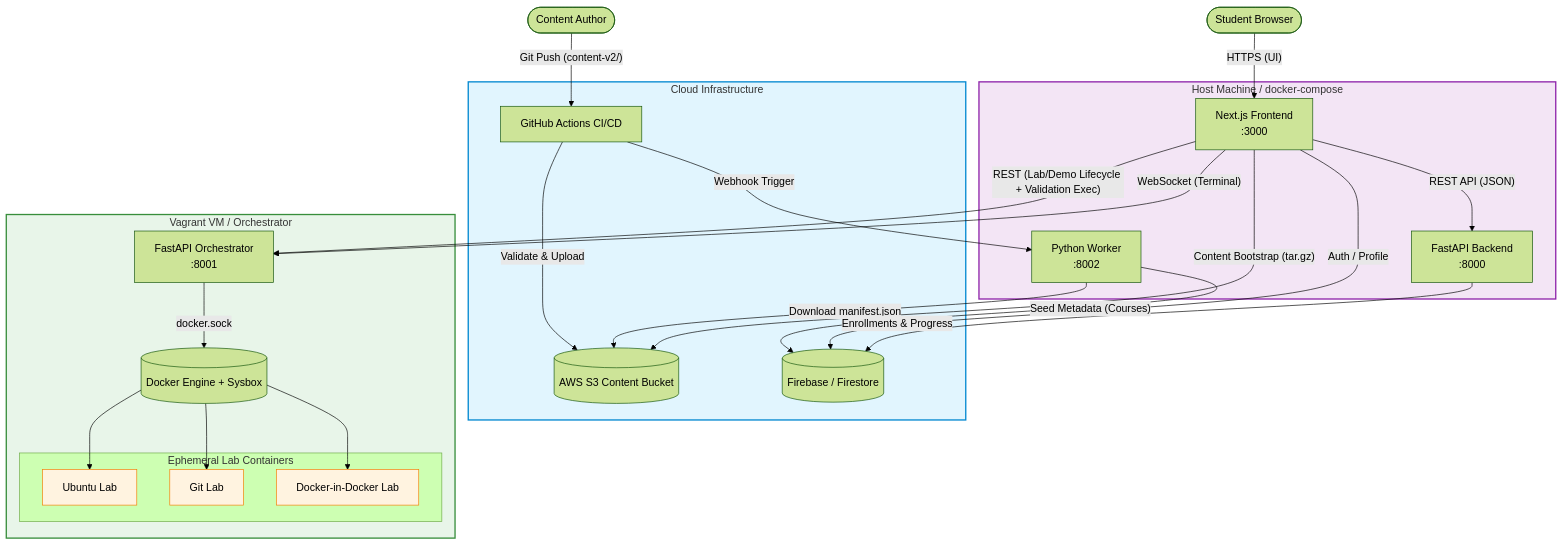
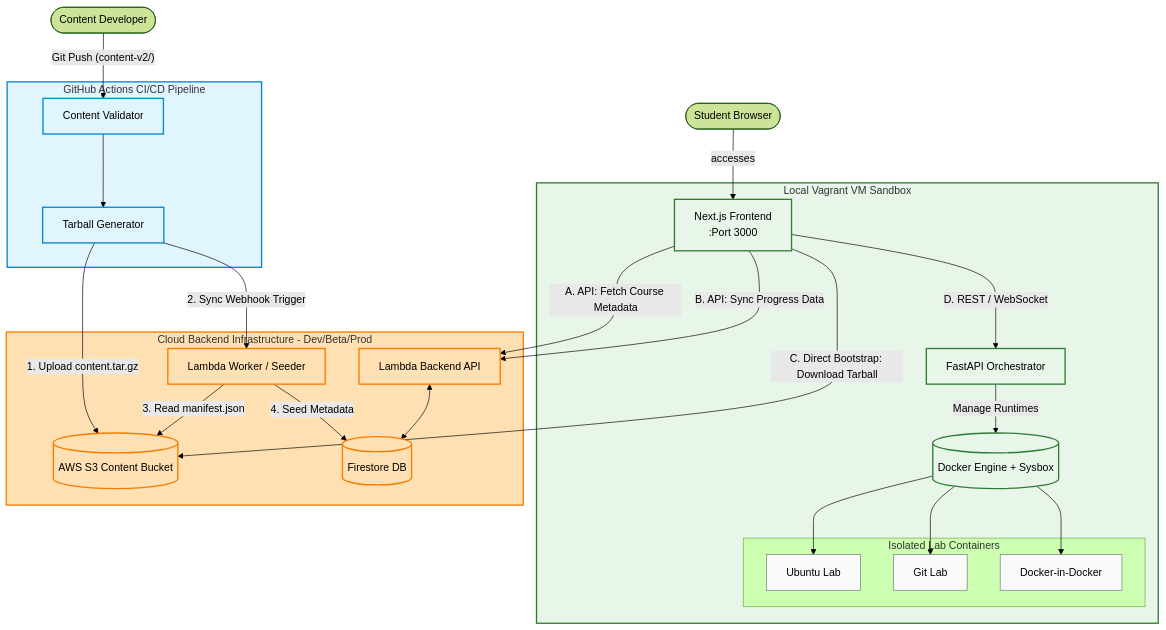
The diagram in docs/architecture.md (vmalani27/SGP-V), drawn with Mermaid (forest theme) before and after one commit. The commit also changed other lines of this file and 98 other files, not shown here.

Commit message:
feat: add CI image publishing workflow, container runtime flag, and LabOps CLI distribution

````diff
--- a/docs/architecture.md
+++ b/docs/architecture.md
@@ -5,62 +5,64 @@
 ```mermaid
 flowchart TB
     %% Definitions
     Student([Student Browser])
-    Author([Content Author])
+    Developer([Content Developer])
     
-    subgraph Cloud [Cloud Infrastructure]
-        GitHub[GitHub Actions CI/CD]
-        S3[(AWS S3 Content Bucket)]
-        Firebase[(Firebase / Firestore)]
+    subgraph GitHub [GitHub Actions CI/CD Pipeline]
+        Validator[Content Validator]
+        Packager[Tarball Generator]
     end
     
-    subgraph Host [Host Machine / docker-compose]
-        Frontend[Next.js Frontend\n:3000]
-        Backend[FastAPI Backend\n:8000]
-        Worker[Python Worker\n:8002]
+    subgraph Cloud [Cloud Backend Infrastructure - Dev/Beta/Prod]
+        S3[(AWS S3 Content Bucket)]
+        LambdaWorker[Lambda Worker / Seeder]
+        LambdaAPI[Lambda Backend API]
+        Firestore[(Firestore DB)]
     end
     
-    subgraph VM [Vagrant VM / Orchestrator]
-        Orchestrator[FastAPI Orchestrator\n:8001]
-        Docker[(Docker Engine + Sysbox)]
+    subgraph Vagrant [Local Vagrant VM Sandbox]
+        Frontend[Next.js Frontend\n:Port 3000]
+        Orchestrator[FastAPI Orchestrator]
+        Sysbox[(Docker Engine + Sysbox)]
         
-        subgraph Containers [Ephemeral Lab Containers]
+        subgraph Labs [Isolated Lab Containers]
             Linux[Ubuntu Lab]
             Git[Git Lab]
-            DinD[Docker-in-Docker Lab]
+            DinD[Docker-in-Docker]
         end
     end
 
-    %% Content Pipeline Edges
-    Author -- "Git Push (content-v2/)" --> GitHub
-    GitHub -- "Validate & Upload" --> S3
-    GitHub -- "Webhook Trigger" --> Worker
-    Worker -- "Download manifest.json" --> S3
-    Worker -- "Seed Metadata (Courses)" --> Firebase
+    %% Pipeline Flow
+    Developer -- "Git Push (content-v2/)" --> Validator
+    Validator --> Packager
+    Packager -- "1. Upload content.tar.gz" --> S3
+    Packager -- "2. Sync Webhook Trigger" --> LambdaWorker
+    LambdaWorker -- "3. Read manifest.json" --> S3
+    LambdaWorker -- "4. Seed Metadata" --> Firestore
 
-    %% Student App Edges
-    Student -- "HTTPS (UI)" --> Frontend
-    Frontend -- "Auth / Profile" --> Firebase
-    Frontend -- "Content Bootstrap (tar.gz)" --> S3
-    Frontend -- "REST API (JSON)" --> Backend
-    Frontend -- "REST (Lab/Demo Lifecycle + Validation Exec)" --> Orchestrator
-    Frontend -- "WebSocket (Terminal)" --> Orchestrator
-    Backend -- "Enrollments & Progress" --> Firebase
+    %% App Integration Flow
+    Student -- "accesses" --> Frontend
+    Frontend -- "A. API: Fetch Course Metadata" --> LambdaAPI
+    Frontend -- "B. API: Sync Progress Data" --> LambdaAPI
+    LambdaAPI <--> Firestore
     
-    %% Orchestration Edges
-    Orchestrator -- "docker.sock" --> Docker
-    Docker --> Linux
-    Docker --> Git
-    Docker --> DinD
+    Frontend -- "C. Direct Bootstrap: Download Tarball" --> S3
     
+    %% Local Orchestration Flow
+    Frontend -- "D. REST / WebSocket" --> Orchestrator
+    Orchestrator -- "Manage Runtimes" --> Sysbox
+    Sysbox --> Linux
+    Sysbox --> Git
+    Sysbox --> DinD
+
     %% Styling
-    classDef cloud fill:#e1f5fe,stroke:#0288d1,stroke-width:2px;
-    classDef host fill:#f3e5f5,stroke:#8e24aa,stroke-width:2px;
-    classDef vm fill:#e8f5e9,stroke:#388e3c,stroke-width:2px;
-    classDef container fill:#fff3e0,stroke:#f57c00,stroke-width:1px;
+    classDef gitops fill:#e1f5fe,stroke:#0288d1,stroke-width:2px;
+    classDef cloud fill:#ffe0b2,stroke:#f57c00,stroke-width:2px;
+    classDef vm fill:#e8f5e9,stroke:#2e7d32,stroke-width:2px;
+    classDef container fill:#fafafa,stroke:#757575,stroke-width:1px;
     
-    class Cloud cloud;
-    class Host host;
-    class VM vm;
+    class GitHub,Validator,Packager gitops;
+    class Cloud,S3,LambdaWorker,LambdaAPI,Firestore cloud;
+    class Vagrant,Frontend,Orchestrator,Sysbox vm;
     class Linux,Git,DinD container;
 ```
````
